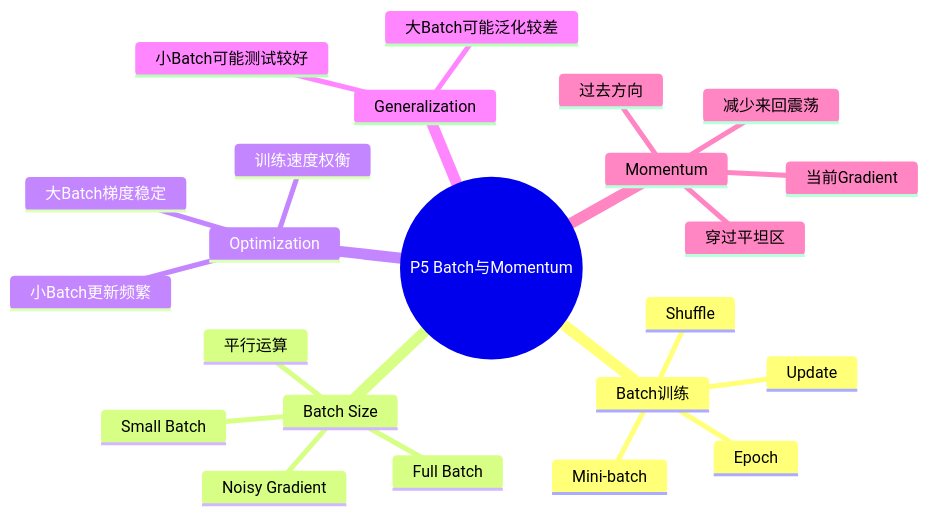
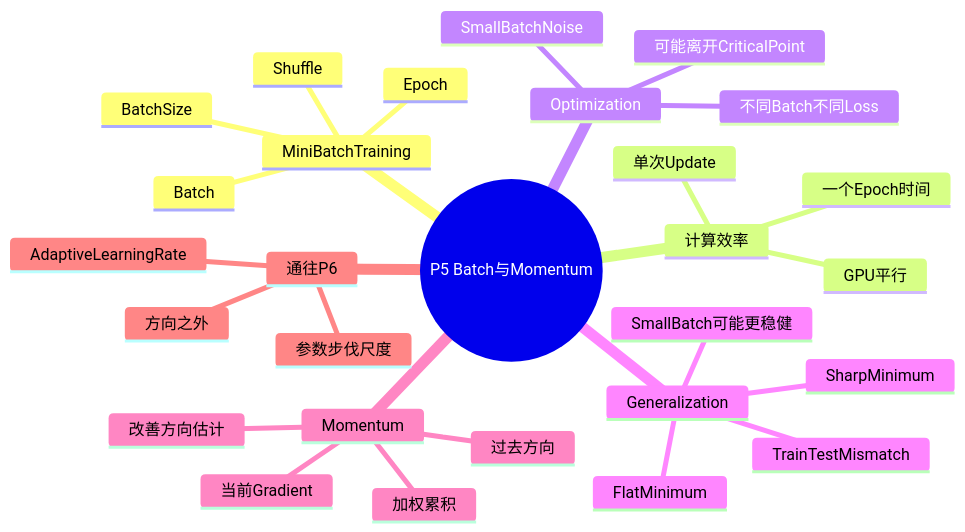
Before and after one commit to Sonnette51/stat_notes_sonnette: the second of 2 diagrams in docs/机器学习（lhy）-更新中/P5_类神经网络训练不起来怎么办_Batch与Momentum.md, drawn with Mermaid. The commit also changed other lines of this file and 4 other files, not shown here.

````diff
--- a/docs/机器学习（lhy）-更新中/P5_类神经网络训练不起来怎么办_Batch与Momentum.md
+++ b/docs/机器学习（lhy）-更新中/P5_类神经网络训练不起来怎么办_Batch与Momentum.md
@@ -551,26 +639,31 @@
 ```mermaid
 mindmap
   root((P5 Batch与Momentum))
-    Batch训练
-      Mini-batch
+    MiniBatchTraining
+      Batch
+      BatchSize
+      Epoch
       Shuffle
-      Update
-      Epoch
-    Batch Size
-      Full Batch
-      Small Batch
-      Noisy Gradient
-      平行运算
+    计算效率
+      GPU平行
+      单次Update
+      一个Epoch时间
     Optimization
-      小Batch更新频繁
-      大Batch梯度稳定
-      训练速度权衡
+      SmallBatchNoise
+      不同Batch不同Loss
+      可能离开CriticalPoint
     Generalization
-      小Batch可能测试较好
-      大Batch可能泛化较差
+      SharpMinimum
+      FlatMinimum
+      TrainTestMismatch
+      SmallBatch可能更稳健
     Momentum
+      当前Gradient
       过去方向
-      当前Gradient
-      穿过平坦区
-      减少来回震荡
+      加权累积
+      改善方向估计
+    通往P6
+      方向之外
+      参数步伐尺度
+      AdaptiveLearningRate
 ```
````
